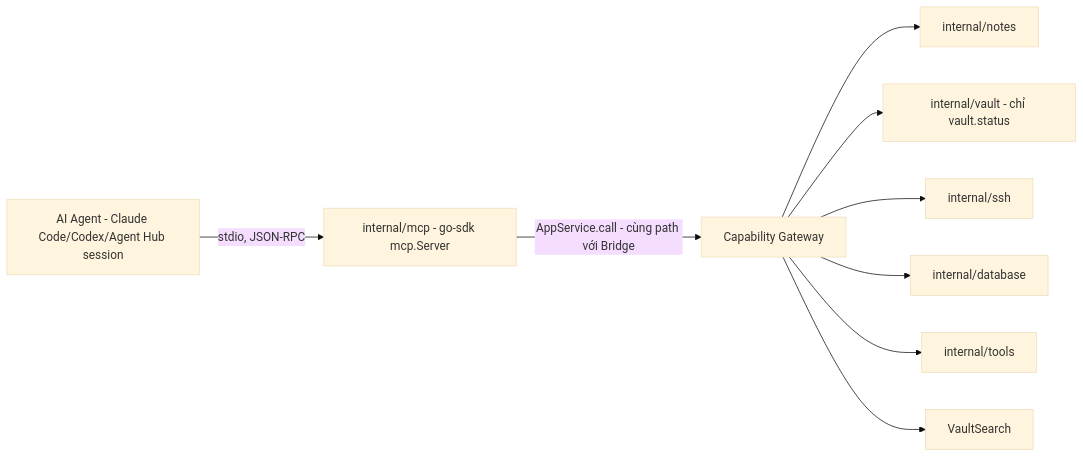
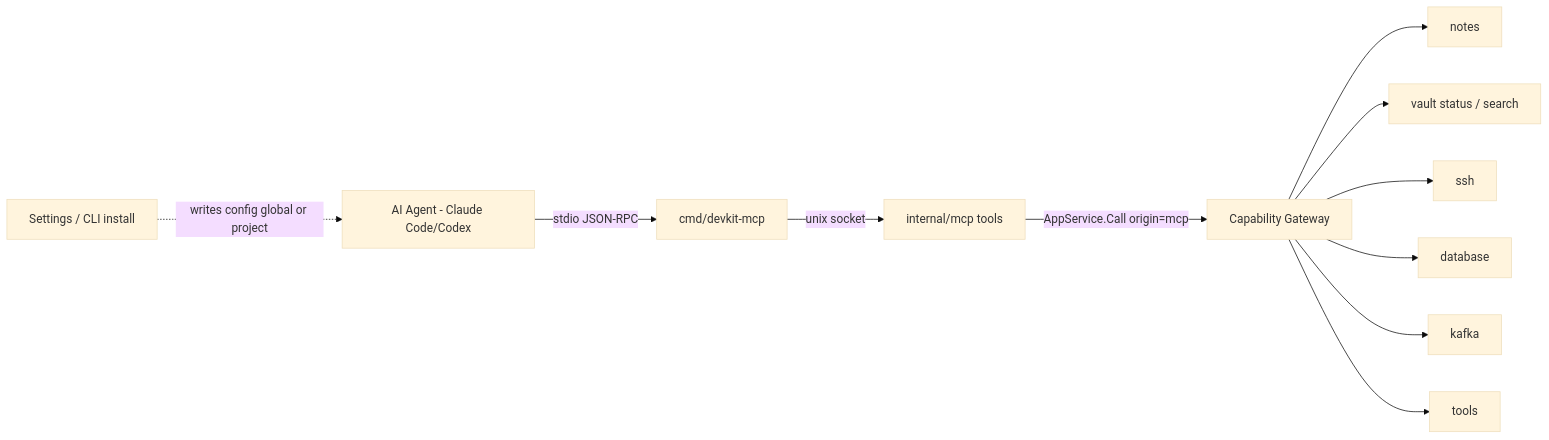
One commit to syurodev/base changed the diagram in content/projects/dev-kit/mcp-agent.mdx. Above: the diagram before and after it, drawn with Mermaid (base theme). The commit also changed other lines of this file and 4 other files, not shown here.

First line of the commit message:
docs(dev-kit): MCP allow_always with env-wins + agent install scopes

````diff
--- a/content/projects/dev-kit/mcp-agent.mdx
+++ b/content/projects/dev-kit/mcp-agent.mdx
@@ -16,11 +16,13 @@
 ```mermaid
 flowchart LR
-  AGENT[AI Agent - Claude Code/Codex/Agent Hub session] -->|stdio, JSON-RPC| MCPSRV["internal/mcp - go-sdk mcp.Server"]
-  MCPSRV -->|AppService.call - cùng path với Bridge| GW[Capability Gateway]
-  GW --> NOTES[internal/notes]
-  GW --> VAULT[internal/vault - chỉ vault.status]
-  GW --> SSH[internal/ssh]
-  GW --> DB[internal/database]
-  GW --> TOOLS[internal/tools]
-  GW --> SEARCH[VaultSearch]
+  AGENT[AI Agent - Claude Code/Codex] -->|stdio JSON-RPC| PROXY[cmd/devkit-mcp]
+  PROXY -->|unix socket| MCPSRV["internal/mcp tools"]
+  MCPSRV -->|AppService.Call origin=mcp| GW[Capability Gateway]
+  GW --> NOTES[notes]
+  GW --> VAULT[vault status / search]
+  GW --> SSH[ssh]
+  GW --> DB[database]
+  GW --> KAFKA[kafka]
+  GW --> TOOLS[tools]
+  INSTALL[Settings / CLI install] -.->|writes config global or project| AGENT
 ```
````
